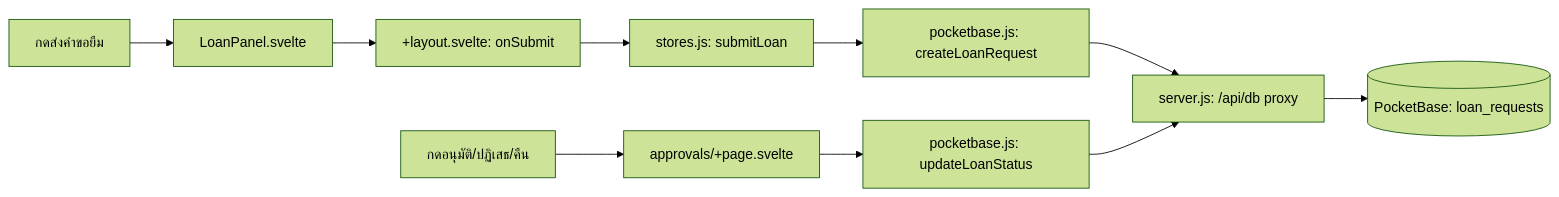
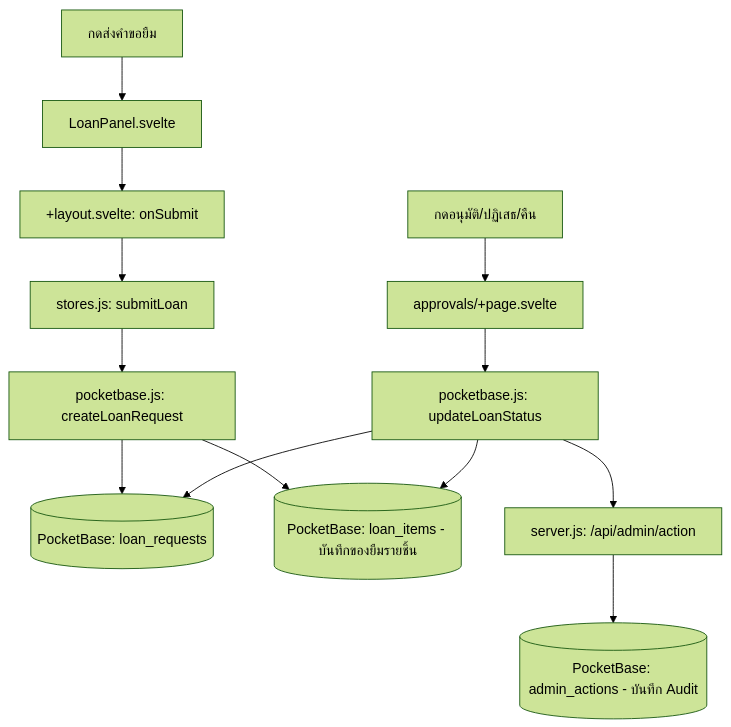
One commit to CSNIS-CSKmitl/brrow-item changed the diagram in CLICK_FLOW.md. Above: the diagram before and after it, drawn with Mermaid (forest theme). The commit also changed other lines of this file and 1 other file, not shown here.

Commit message:
docs: update README and CLICK_FLOW with loan_items and admin_actions audit flow

````diff
--- a/CLICK_FLOW.md
+++ b/CLICK_FLOW.md
@@ -3,12 +3,16 @@
 ```mermaid
-flowchart LR
+flowchart TD
   A[กดส่งคำขอยืม] --> B[LoanPanel.svelte]
   B --> L[+layout.svelte: onSubmit]
   L --> C[stores.js: submitLoan]
   C --> D[pocketbase.js: createLoanRequest]
-  D --> E[server.js: /api/db proxy]
-  E --> F[(PocketBase: loan_requests)]
+  D --> E[(PocketBase: loan_requests)]
+  D --> F[(PocketBase: loan_items - บันทึกของยืมรายชิ้น)]
+  
   G[กดอนุมัติ/ปฏิเสธ/คืน] --> H[approvals/+page.svelte]
   H --> I[pocketbase.js: updateLoanStatus]
   I --> E
+  I --> F
+  I --> J[server.js: /api/admin/action]
+  J --> K[(PocketBase: admin_actions - บันทึก Audit)]
 ```
````
